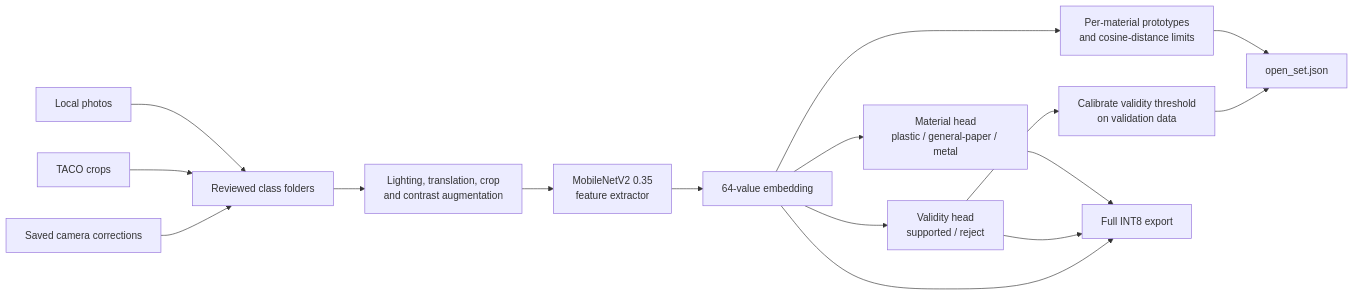
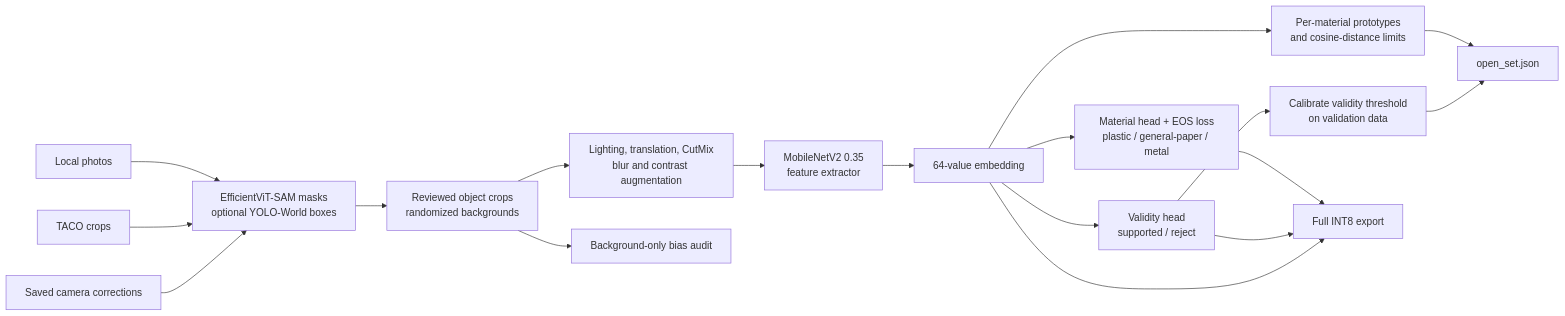
The first of 2 diagrams in AI_ARCHITECTURE.md (Chris-lab-lab/ecosort-ai), drawn with Mermaid before and after one commit. The commit also changed other lines of this file and 27 other files, not shown here.

````diff
--- a/AI_ARCHITECTURE.md
+++ b/AI_ARCHITECTURE.md
@@ -7,18 +7,20 @@
 ```mermaid
 flowchart LR
-    D[Local photos] --> M[Reviewed class folders]
-    T[TACO crops] --> M
-    C[Saved camera corrections] --> M
-    M --> A[Lighting, translation, crop<br/>and contrast augmentation]
+    D[Local photos] --> TEACH[EfficientViT-SAM masks<br/>optional YOLO-World boxes]
+    T[TACO crops] --> TEACH
+    C[Saved camera corrections] --> TEACH
+    TEACH --> M[Reviewed object crops<br/>randomized backgrounds]
+    M --> A[Lighting, translation, CutMix<br/>blur and contrast augmentation]
     A --> B[MobileNetV2 0.35<br/>feature extractor]
     B --> E[64-value embedding]
-    E --> H1[Material head<br/>plastic / general-paper / metal]
+    E --> H1[Material head + EOS loss<br/>plastic / general-paper / metal]
     E --> H2[Validity head<br/>supported / reject]
     E --> P[Per-material prototypes<br/>and cosine-distance limits]
     H2 --> V[Calibrate validity threshold<br/>on validation data]
     H1 --> Q[Full INT8 export]
     H2 --> Q
     E --> Q
     P --> J[open_set.json]
     V --> J
+    M --> BIAS[Background-only bias audit]
 ```
````
